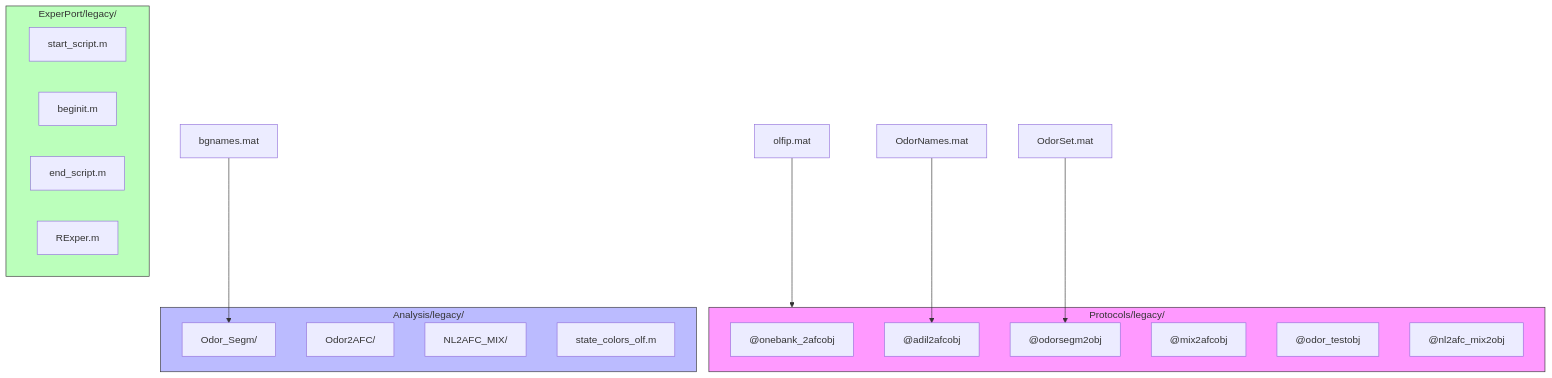
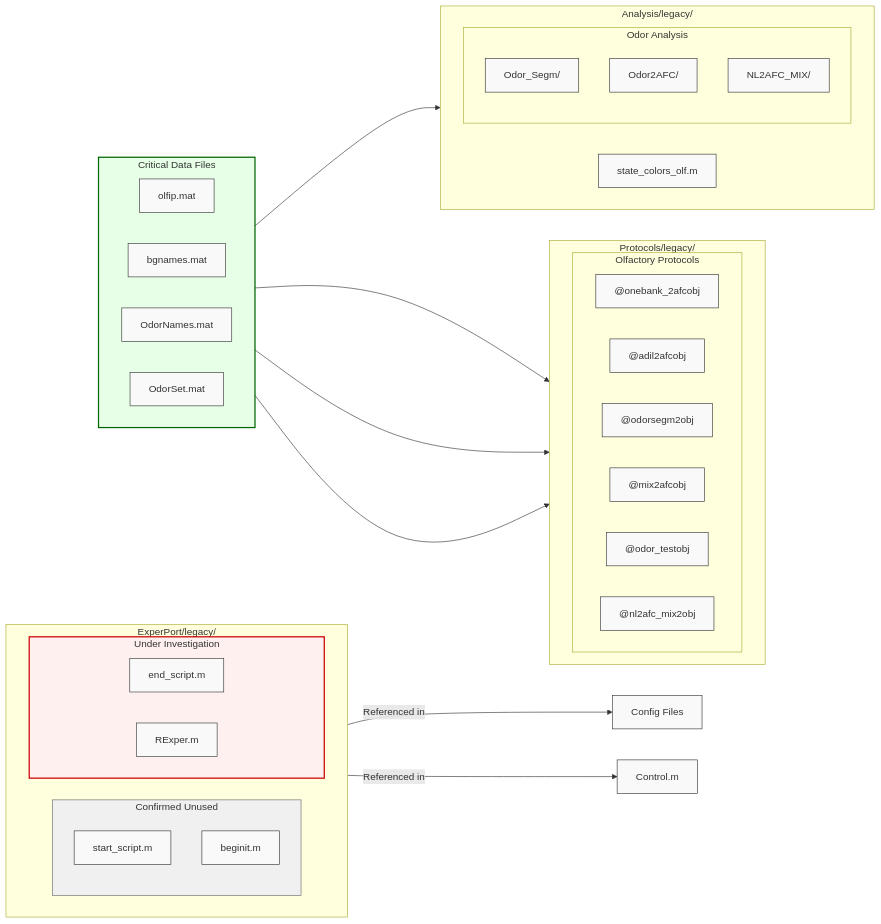
Before and after one commit to LIMLabSWC/ratter: the first of 2 diagrams in docs/architecture/legacy-architecture.md, drawn with Mermaid. The commit also changed other lines of this file and 1 other file, not shown here.

Commit message:
update architecture graphs

````diff
--- a/docs/architecture/legacy-architecture.md
+++ b/docs/architecture/legacy-architecture.md
@@ -9,34 +9,66 @@
 ```mermaid
-graph TD
+graph LR
+    %% Define main containers
     subgraph Legacy_Protocols ["Protocols/legacy/"]
-        OB["@onebank_2afcobj"]
-        AD["@adil2afcobj"]
-        OS2["@odorsegm2obj"]
-        MIX["@mix2afcobj"]
-        OT["@odor_testobj"]
-        NL["@nl2afc_mix2obj"]
-        style Legacy_Protocols fill:#f9f,stroke:#333
+        direction LR
+        subgraph Olfactory ["Olfactory Protocols"]
+            OB["@onebank_2afcobj"]
+            AD["@adil2afcobj"]
+            OS2["@odorsegm2obj"]
+            MIX["@mix2afcobj"]
+            OT["@odor_testobj"]
+            NL["@nl2afc_mix2obj"]
+        end
     end
 
     subgraph Legacy_Analysis ["Analysis/legacy/"]
-        ODR["Odor_Segm/"]
-        O2A["Odor2AFC/"]
-        NL2["NL2AFC_MIX/"]
+        direction LR
+        subgraph OdorAnalysis ["Odor Analysis"]
+            ODR["Odor_Segm/"]
+            O2A["Odor2AFC/"]
+            NL2["NL2AFC_MIX/"]
+        end
         SC["state_colors_olf.m"]
-        style Legacy_Analysis fill:#bbf,stroke:#333
     end
 
     subgraph Legacy_ExperPort ["ExperPort/legacy/"]
-        SS["start_script.m"]
-        BI["beginit.m"]
-        ES["end_script.m"]
-        RE["RExper.m"]
-        style Legacy_ExperPort fill:#bfb,stroke:#333
+        direction LR
+        subgraph Confirmed ["Confirmed Unused"]
+            SS["start_script.m"]
+            BI["beginit.m"]
+        end
+        subgraph Investigation ["Under Investigation"]
+            ES["end_script.m"]
+            RE["RExper.m"]
+        end
     end
 
-    %% Data file dependencies
-    OF[olfip.mat] --> Legacy_Protocols
-    BG[bgnames.mat] --> ODR
-    ON[OdorNames.mat] --> AD
-    OS[OdorSet.mat] --> OS2
+    %% Data file relationships
+    subgraph Data_Files ["Critical Data Files"]
+        direction LR
+        OF["olfip.mat"]
+        BG["bgnames.mat"]
+        ON["OdorNames.mat"]
+        OS["OdorSet.mat"]
+    end
+
+    %% Define relationships
+    OF --> Olfactory
+    BG --> OdorAnalysis
+    ON --> AD
+    OS --> OS2
+
+    %% Define investigation relationships
+    ES --> |"Referenced in"| Config["Config Files"]
+    RE --> |"Referenced in"| Control["Control.m"]
+
+    %% Style
+    classDef default fill:#f9f9f9,stroke:#333,stroke-width:1px;
+    classDef investigation fill:#fff0f0,stroke:#c00,stroke-width:2px;
+    classDef confirmed fill:#f0f0f0,stroke:#666,stroke-width:1px;
+    classDef data fill:#e6ffe6,stroke:#060,stroke-width:2px;
+    
+    class Investigation investigation;
+    class Confirmed confirmed;
+    class Data_Files data;
 ```
````
